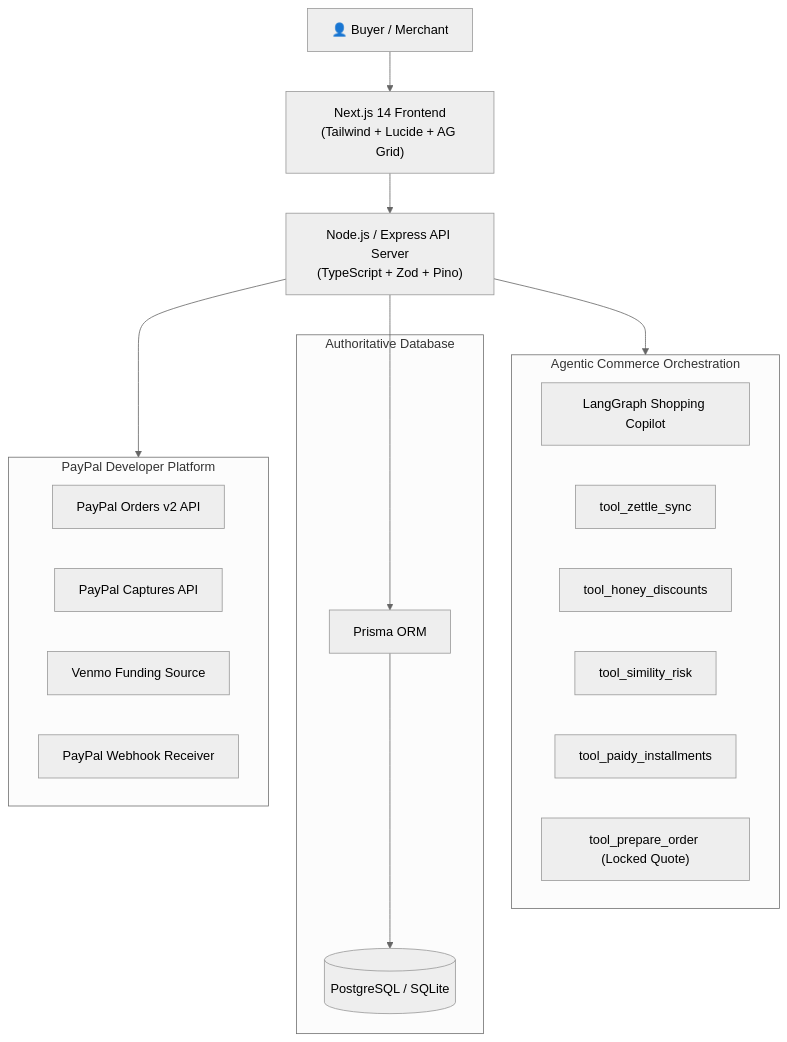
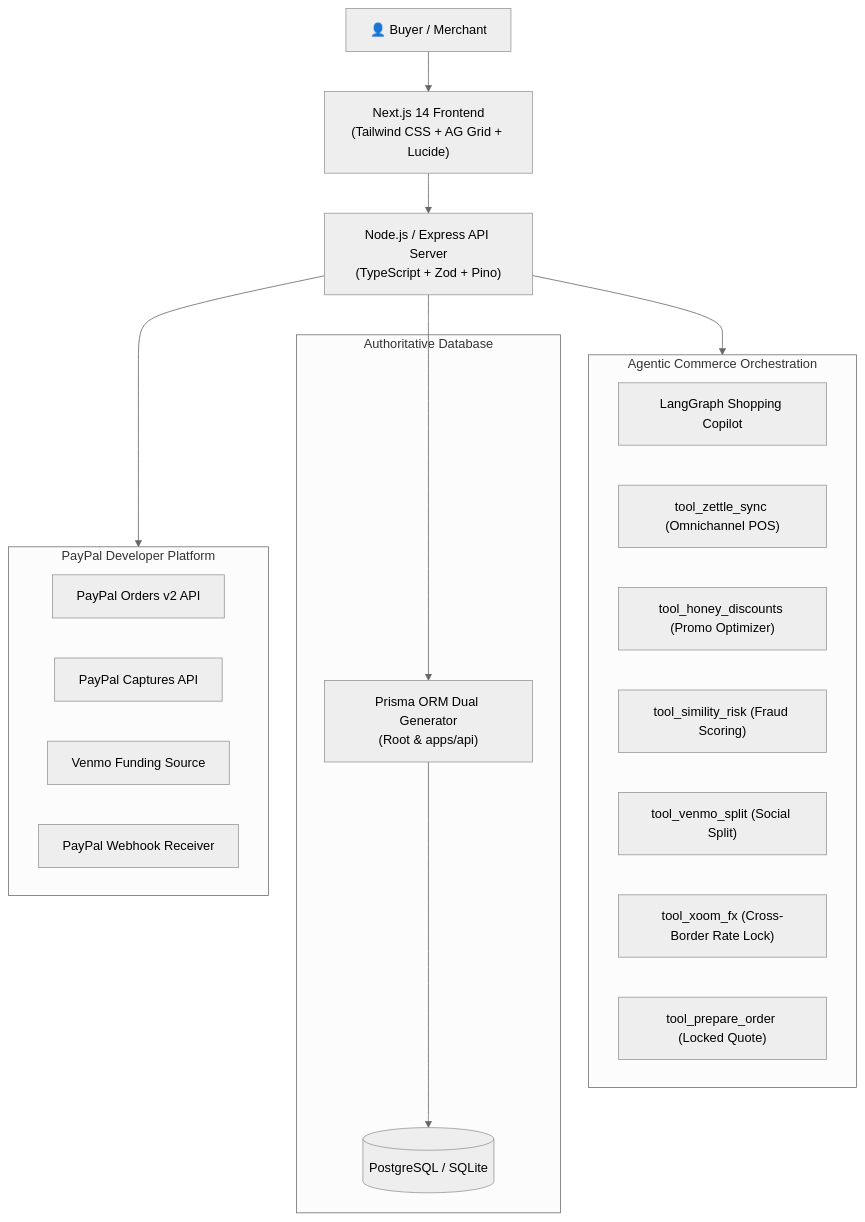
One commit to rishi925-eng/paypilot-ai changed the diagram in README.md. Above: the diagram before and after it, drawn with Mermaid (neutral theme). The commit also changed other lines of this file, not shown here.

````diff
--- a/README.md
+++ b/README.md
@@ -44,31 +71,32 @@
 ```mermaid
 flowchart TD
-    User["👤 Buyer / Merchant"] --> NextWeb["Next.js 14 Frontend\n(Tailwind + Lucide + AG Grid)"]
+    User["👤 Buyer / Merchant"] --> NextWeb["Next.js 14 Frontend\n(Tailwind CSS + AG Grid + Lucide)"]
     NextWeb --> ExpressAPI["Node.js / Express API Server\n(TypeScript + Zod + Pino)"]
     
     subgraph AgenticEngine ["Agentic Commerce Orchestration"]
         Agent["LangGraph Shopping Copilot"]
-        ZettleTool["tool_zettle_sync"]
-        HoneyTool["tool_honey_discounts"]
-        SimilityTool["tool_simility_risk"]
-        PaidyTool["tool_paidy_installments"]
+        ZettleTool["tool_zettle_sync (Omnichannel POS)"]
+        HoneyTool["tool_honey_discounts (Promo Optimizer)"]
+        SimilityTool["tool_simility_risk (Fraud Scoring)"]
+        VenmoTool["tool_venmo_split (Social Split)"]
+        XoomTool["tool_xoom_fx (Cross-Border Rate Lock)"]
         QuoteTool["tool_prepare_order (Locked Quote)"]
     end
     
     subgraph DataPersistence ["Authoritative Database"]
-        Prisma["Prisma ORM"]
+        Prisma["Prisma ORM Dual Generator\n(Root & apps/api)"]
         DB[("PostgreSQL / SQLite")]
     end
     
     subgraph PayPalGateway ["PayPal Developer Platform"]
         OrdersAPI["PayPal Orders v2 API"]
         CapturesAPI["PayPal Captures API"]
         VenmoAPI["Venmo Funding Source"]
         WebhooksAPI["PayPal Webhook Receiver"]
     end
     
     ExpressAPI --> AgenticEngine
     ExpressAPI --> Prisma
     Prisma --> DB
     ExpressAPI --> PayPalGateway
 ```
````
